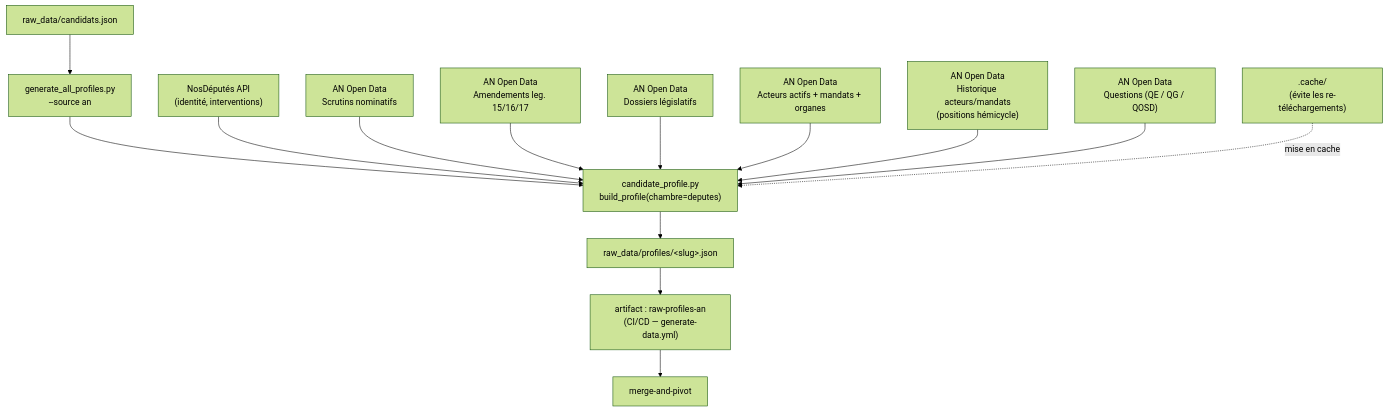
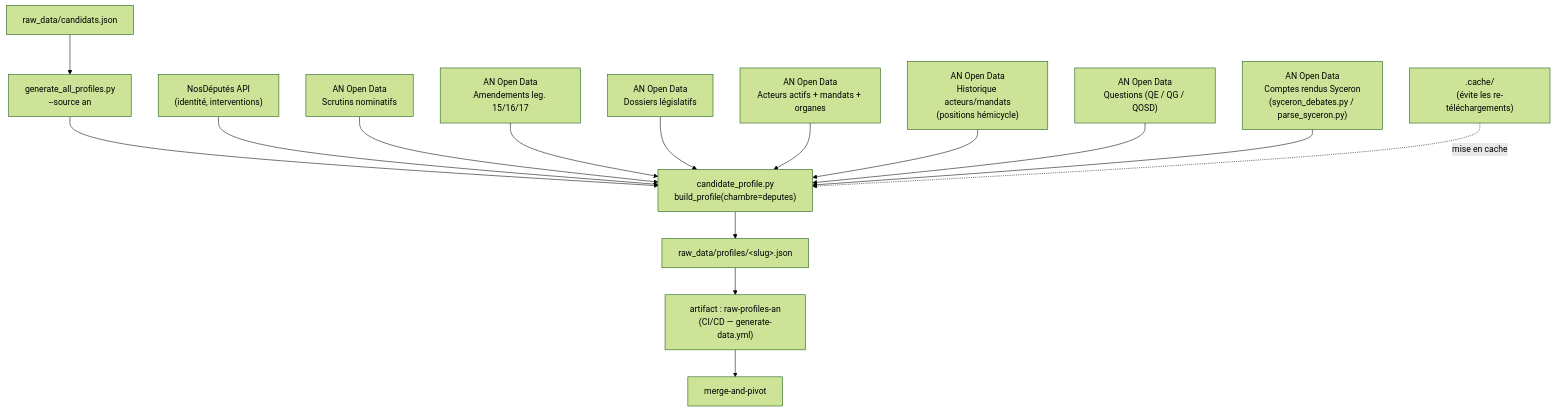
Before and after one commit to stephieED/Empreinte-politique-src: the diagram in docs/extract-an.md, drawn with Mermaid (forest theme). The commit also changed other lines of this file and 3 other files, not shown here.

````diff
--- a/docs/extract-an.md
+++ b/docs/extract-an.md
@@ -20,20 +20,21 @@
 ```mermaid
 flowchart TD
     A["raw_data/candidats.json"] --> B["generate_all_profiles.py\n--source an"]
 
     B --> C["candidate_profile.py\nbuild_profile(chambre=deputes)"]
 
     ND["NosDéputés API\n(identité, interventions)"] --> C
     AN1["AN Open Data\nScrutins nominatifs"] --> C
     AN2["AN Open Data\nAmendements leg. 15/16/17"] --> C
     AN3["AN Open Data\nDossiers législatifs"] --> C
     AN4["AN Open Data\nActeurs actifs + mandats + organes"] --> C
     AN5["AN Open Data\nHistorique acteurs/mandats\n(positions hémicycle)"] --> C
     AN6["AN Open Data\nQuestions (QE / QG / QOSD)"] --> C
+    SYC["AN Open Data\nComptes rendus Syceron\n(syceron_debates.py / parse_syceron.py)"] --> C
 
     CACHE[".cache/\n(évite les re-téléchargements)"] -. mise en cache .-> C
 
     C --> D["raw_data/profiles/&lt;slug&gt;.json"]
     D --> E["artifact : raw-profiles-an\n(CI/CD — generate-data.yml)"]
     E --> F["merge-and-pivot"]
 ```
````
